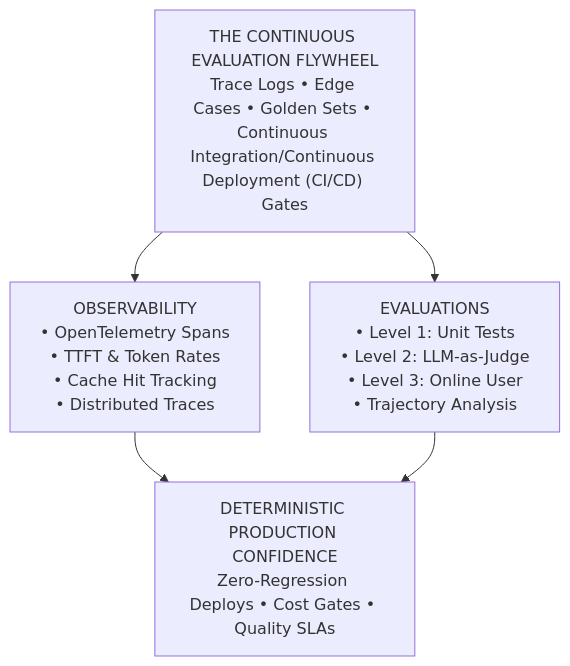
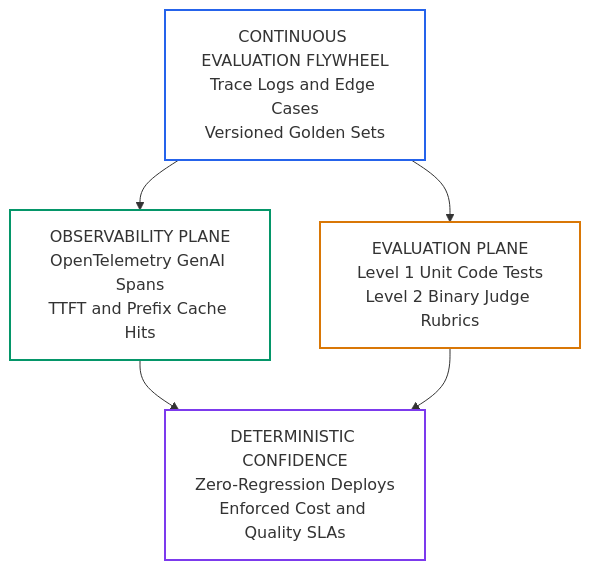
One commit to dip4k/senior-engineer-to-ai-engineer-roadmap changed the diagram in 06-evals-and-observability/README.md. Above: the diagram before and after it, drawn with Mermaid. The commit also changed other lines of this file and 10 other files, not shown here.

First line of the commit message:
refactor(phase-06): modernize evals, observability, and telemetry curriculum

````diff
--- a/06-evals-and-observability/README.md
+++ b/06-evals-and-observability/README.md
@@ -16,10 +16,15 @@
 ```mermaid
 flowchart TD
-    A["THE CONTINUOUS EVALUATION FLYWHEEL<br/>Trace Logs • Edge Cases • Golden Sets • Continuous Integration/Continuous Deployment (CI/CD) Gates"]
+    A["CONTINUOUS EVALUATION FLYWHEEL<br/>Trace Logs and Edge Cases<br/>Versioned Golden Sets"]
     
-    A --> B["OBSERVABILITY<br/>• OpenTelemetry Spans<br/>• TTFT & Token Rates<br/>• Cache Hit Tracking<br/>• Distributed Traces"]
-    A --> C["EVALUATIONS<br/>• Level 1: Unit Tests<br/>• Level 2: LLM-as-Judge<br/>• Level 3: Online User<br/>• Trajectory Analysis"]
+    A --> B["OBSERVABILITY PLANE<br/>OpenTelemetry GenAI Spans<br/>TTFT and Prefix Cache Hits"]
+    A --> C["EVALUATION PLANE<br/>Level 1 Unit Code Tests<br/>Level 2 Binary Judge Rubrics"]
     
-    B --> D["DETERMINISTIC PRODUCTION CONFIDENCE<br/>Zero-Regression Deploys • Cost Gates • Quality SLAs"]
+    B --> D["DETERMINISTIC CONFIDENCE<br/>Zero-Regression Deploys<br/>Enforced Cost and Quality SLAs"]
     C --> D
+
+    style A fill:none,stroke:#2563eb,stroke-width:2px
+    style B fill:none,stroke:#059669,stroke-width:2px
+    style C fill:none,stroke:#d97706,stroke-width:2px
+    style D fill:none,stroke:#7c3aed,stroke-width:2px
 ```
````
